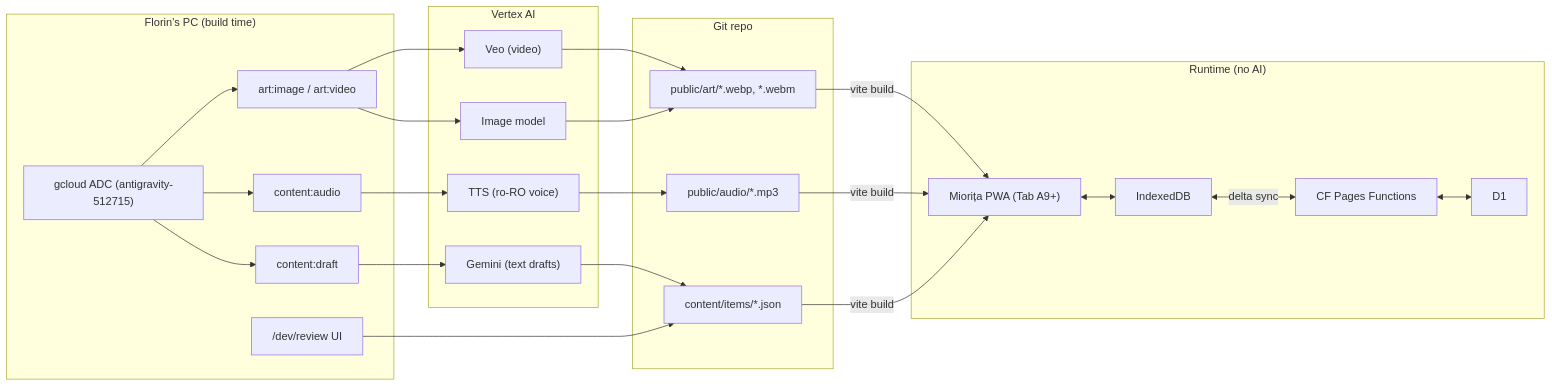
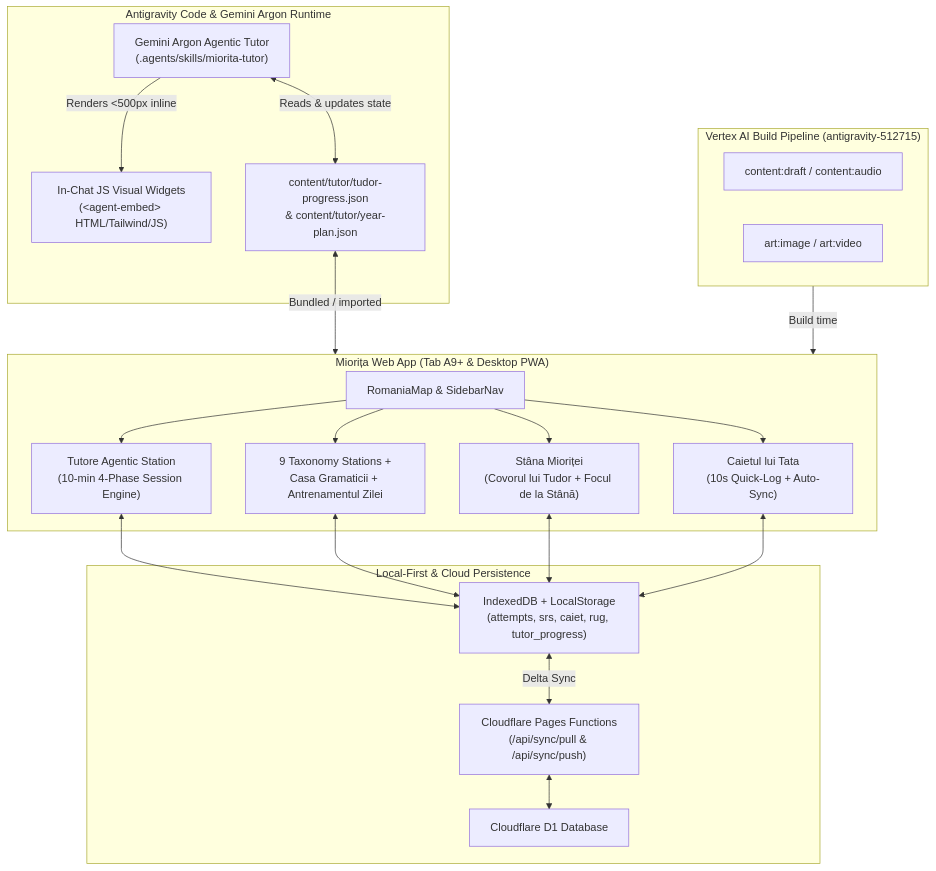
One commit to florindr/miorita changed the first of 2 diagrams in .kiro/specs/design.md. Above: the diagram before and after it, drawn with Mermaid. The commit also changed other lines of this file and 46 other files, not shown here.

Commit message:
feat: minimalist 3-room UX, cumulative nugget tutor, context-aware audio halos & 1-year curriculum

````diff
--- a/.kiro/specs/design.md
+++ b/.kiro/specs/design.md
@@ -10,34 +10,36 @@
 ```mermaid
-flowchart LR
-  subgraph DEV["Florin's PC (build time)"]
-    ADC["gcloud ADC (antigravity-512715)"]
-    S1["content:draft"]
-    S2["content:audio"]
-    S3["art:image / art:video"]
-    REV["/dev/review UI"]
+flowchart TB
+  subgraph AGY["Antigravity Code & Gemini Argon Runtime"]
+    ARGON["Gemini Argon Agentic Tutor<br/>(.agents/skills/miorita-tutor)"]
+    EMBED["In-Chat JS Visual Widgets<br/>(&lt;agent-embed&gt; HTML/Tailwind/JS)"]
+    PROG_JSON["content/tutor/tudor-progress.json<br/>& content/tutor/year-plan.json"]
   end
-  subgraph VTX["Vertex AI"]
-    GEM["Gemini (text drafts)"]
-    TTS["TTS (ro-RO voice)"]
-    IMG["Image model"]
-    VEO["Veo (video)"]
+
+  subgraph PWA["Miorița Web App (Tab A9+ & Desktop PWA)"]
+    MAP["RomaniaMap & SidebarNav"]
+    TUT_ST["Tutore Agentic Station<br/>(10-min 4-Phase Session Engine)"]
+    STATIONS["9 Taxonomy Stations +<br/>Casa Gramaticii + Antrenamentul Zilei"]
+    STANA["Stâna Mioriței<br/>(Covorul lui Tudor + Focul de la Stână)"]
+    CAIET["Caietul lui Tata<br/>(10s Quick-Log + Auto-Sync)"]
   end
-  subgraph REPO["Git repo"]
-    ITEMS["content/items/*.json"]
-    AUDIO["public/audio/*.mp3"]
-    ART["public/art/*.webp, *.webm"]
+
+  subgraph STORAGE["Local-First & Cloud Persistence"]
+    IDB["IndexedDB + LocalStorage<br/>(attempts, srs, caiet, rug, tutor_progress)"]
+    SYNC["Cloudflare Pages Functions<br/>(/api/sync/pull & /api/sync/push)"]
+    D1["Cloudflare D1 Database"]
   end
-  subgraph RUN["Runtime (no AI)"]
-    PWA["Miorița PWA (Tab A9+)"]
-    IDB["IndexedDB"]
-    CF["CF Pages Functions"]
-    D1["D1"]
+
+  subgraph VTX["Vertex AI Build Pipeline (antigravity-512715)"]
+    DRAFT["content:draft / content:audio"]
+    ART_GEN["art:image / art:video"]
   end
-  ADC --> S1 & S2 & S3
-  S1 --> GEM --> ITEMS
-  REV --> ITEMS
-  S2 --> TTS --> AUDIO
-  S3 --> IMG & VEO --> ART
-  ITEMS & AUDIO & ART -->|"vite build"| PWA
-  PWA <--> IDB <-->|"delta sync"| CF <--> D1
+
+  ARGON <-->|"Reads & updates state"| PROG_JSON
+  ARGON -->|"Renders <500px inline"| EMBED
+  PROG_JSON <-->|"Bundled / imported"| PWA
+  MAP --> TUT_ST & STATIONS & STANA & CAIET
+  TUT_ST <--> IDB
+  STATIONS & STANA & CAIET <--> IDB
+  IDB <-->|"Delta Sync"| SYNC <--> D1
+  VTX -->|"Build time"| PWA
 ```
````
